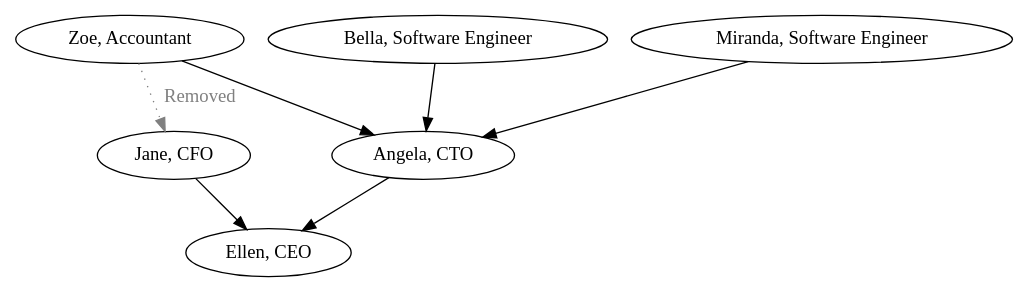
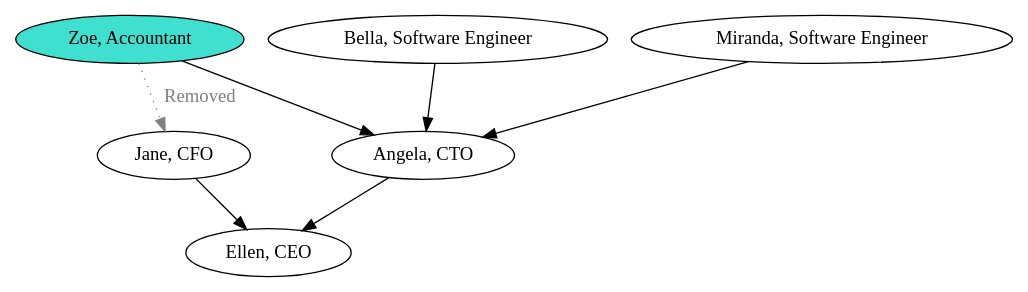
Before and after one commit to gaultier/blog: the diagram in kahns_algorithm_2.dot, drawn with Graphviz. The commit also changed 6 other files, not shown here.

Commit message:
diagrams

```diff
--- a/kahns_algorithm_2.dot
+++ b/kahns_algorithm_2.dot
@@ -1,16 +1,16 @@
 digraph {
   ceo[label="Ellen, CEO"];
   cfo[label="Jane, CFO"];
   cto[label="Angela, CTO"];
   engineer_1[label="Bella, Software Engineer"];
   engineer_2[label="Miranda, Software Engineer"];
-  accountant_1[label="Zoe, Accountant"];
+  accountant_1[label="Zoe, Accountant", fillcolor="turquoise", style="filled"];
 
 
   cto-> ceo;
   cfo -> ceo;
   engineer_1 -> cto;
   engineer_2 -> cto;
   accountant_1 -> cfo[style="dotted", label="Removed", color="gray", fontcolor="grey"];
   accountant_1 -> cto;
 }
```
